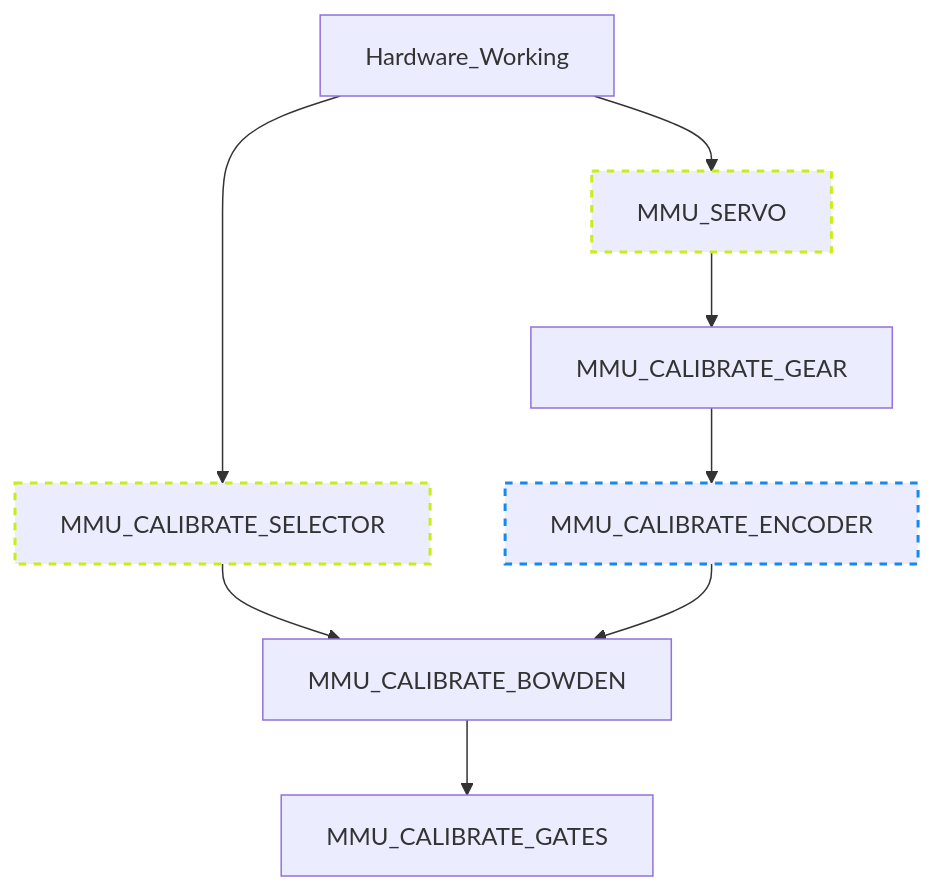
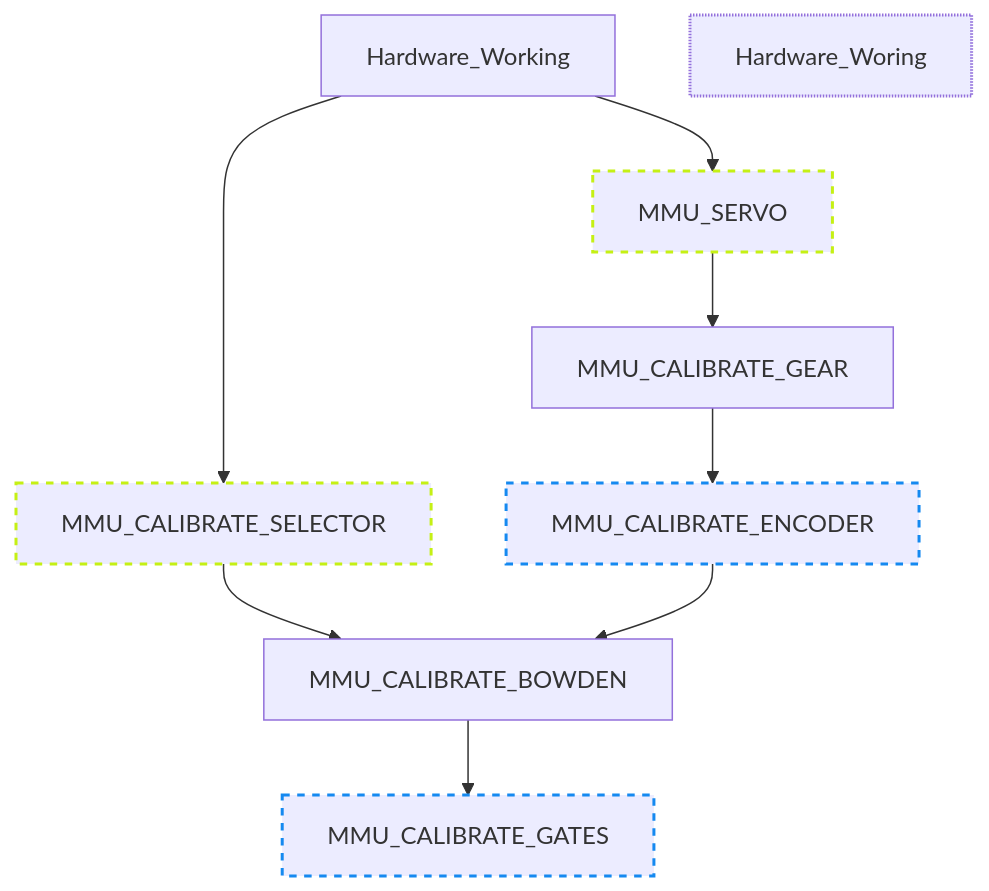
The diagram in MMU-Calibration.md (3DCoded/Happy-Hare), drawn with Mermaid before and after one commit.

````diff
--- a/MMU-Calibration.md
+++ b/MMU-Calibration.md
@@ -22,14 +22,16 @@
 ```mermaid
 graph TD;
     Hardware_Working --> MMU_SERVO
     Hardware_Working --> MMU_CALIBRATE_SELECTOR
     MMU_CALIBRATE_SELECTOR --> MMU_CALIBRATE_BOWDEN
     MMU_SERVO --> MMU_CALIBRATE_GEAR
     MMU_CALIBRATE_GEAR --> MMU_CALIBRATE_ENCODER
     MMU_CALIBRATE_ENCODER --> MMU_CALIBRATE_BOWDEN
     MMU_CALIBRATE_BOWDEN --> MMU_CALIBRATE_GATES
 
+style Hardware_Woring stroke-dasharray: 1 1, stroke-width:2px
 style MMU_SERVO stroke-dasharray: 5 5, stroke:#c5f015, stroke-width:2px
 style MMU_CALIBRATE_SELECTOR stroke-dasharray: 5 5, stroke:#c5f015, stroke-width:2px
 style MMU_CALIBRATE_ENCODER stroke-dasharray: 5 5, stroke:#1589f0, stroke-width:2px
+style MMU_CALIBRATE_GATES stroke-dasharray: 5 5, stroke:#1589f0, stroke-width:2px
 ```
````
